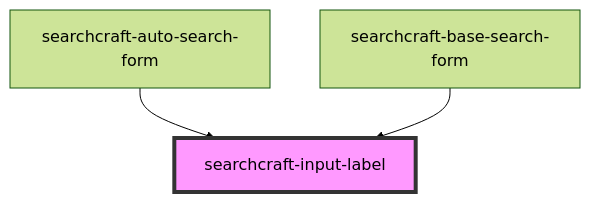
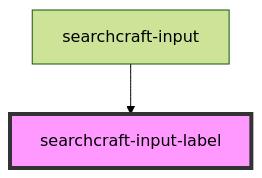
One commit to searchcraft-inc/searchcraft-javascript-sdks changed the diagram in packages/javascript-sdk/src/components/searchcraft-input-label/readme.md. Above: the diagram before and after it, drawn with Mermaid (forest theme). The commit also changed other lines of this file and 24 other files, not shown here.

Commit message:
Refactors searchcraft-input to prep for popover component re:SC-554

````diff
--- a/packages/javascript-sdk/src/components/searchcraft-input-label/readme.md
+++ b/packages/javascript-sdk/src/components/searchcraft-input-label/readme.md
@@ -24,6 +23,5 @@
 ```mermaid
 graph TD;
-  searchcraft-auto-search-form --> searchcraft-input-label
-  searchcraft-base-search-form --> searchcraft-input-label
+  searchcraft-input --> searchcraft-input-label
   style searchcraft-input-label fill:#f9f,stroke:#333,stroke-width:4px
 ```
````
